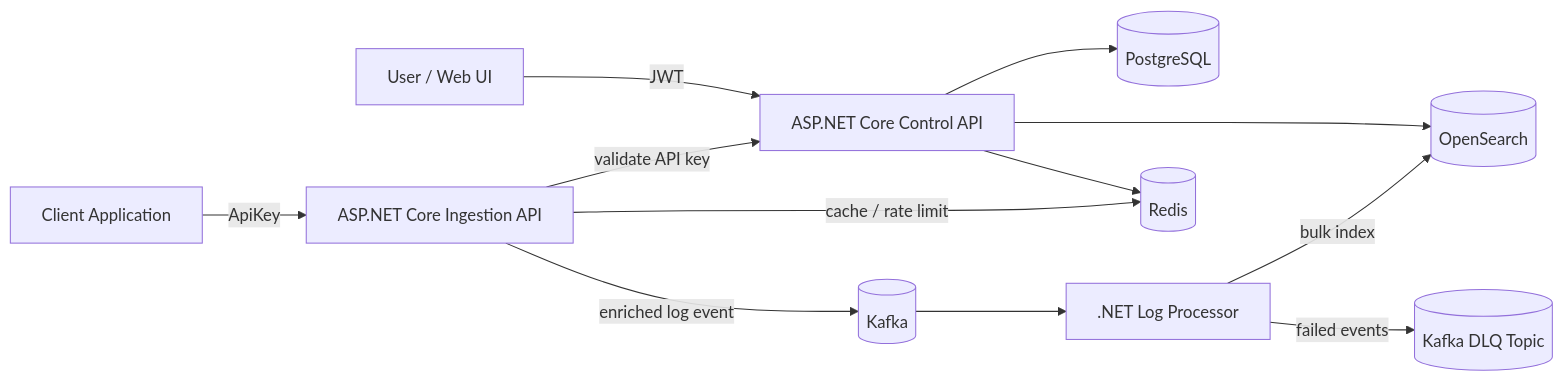
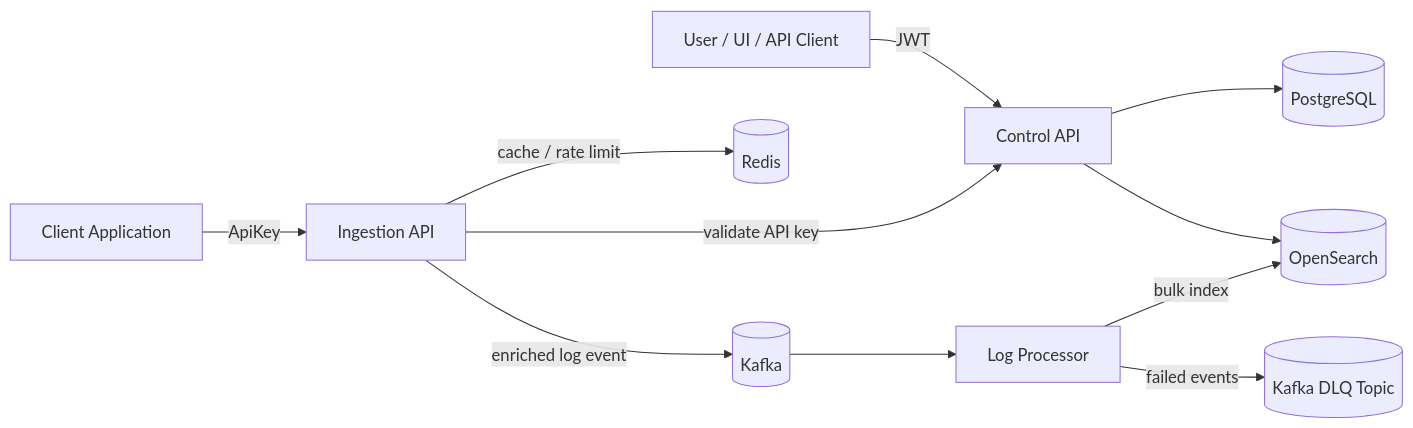
Before and after one commit to T-Hank2712/TraceFlow: the diagram in README.md, drawn with Mermaid. The commit also changed other lines of this file, not shown here.

````diff
--- a/README.md
+++ b/README.md
@@ -74,15 +74,14 @@
 ```mermaid
 flowchart LR
-    User[User / Web UI] -->|JWT| ControlAPI[ASP.NET Core Control API]
+    User[User / UI / API Client] -->|JWT| ControlAPI[Control API]
     ControlAPI --> Postgres[(PostgreSQL)]
     ControlAPI --> OpenSearch[(OpenSearch)]
-    ControlAPI --> Redis[(Redis)]
 
-    Client[Client Application] -->|ApiKey| Ingestion[ASP.NET Core Ingestion API]
-    Ingestion -->|validate API key| ControlAPI
-    Ingestion -->|cache / rate limit| Redis
-    Ingestion -->|enriched log event| Kafka[(Kafka)]
-    Kafka --> Processor[.NET Log Processor]
+    Client[Client Application] -->|ApiKey| IngestionAPI[Ingestion API]
+    IngestionAPI -->|validate API key| ControlAPI
+    IngestionAPI -->|cache / rate limit| Redis[(Redis)]
+    IngestionAPI -->|enriched log event| Kafka[(Kafka)]
+    Kafka --> Processor[Log Processor]
     Processor -->|bulk index| OpenSearch
     Processor -->|failed events| DLQ[(Kafka DLQ Topic)]
 ```
````
